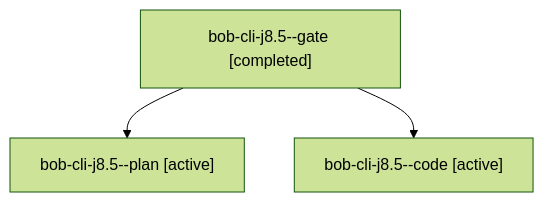
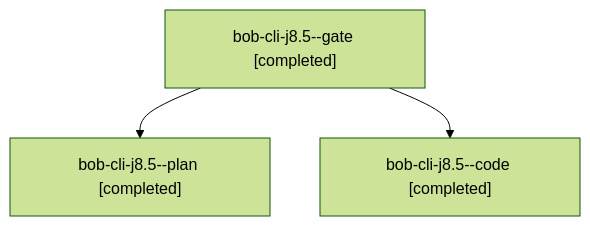
Before and after one commit to bobs-org/bob-cli--agents: the diagram in sessions/bbugyi200.apollo.bob-cli-j8.5.md, drawn with Mermaid (forest theme). The commit also changed other lines of this file and 67 other files, not shown here.

````diff
--- a/sessions/bbugyi200.apollo.bob-cli-j8.5.md
+++ b/sessions/bbugyi200.apollo.bob-cli-j8.5.md
@@ -9,8 +9,8 @@
 ```mermaid
 flowchart TD
   n0["bob-cli-j8.5--gate [completed]"]
-  n1["bob-cli-j8.5--plan [active]"]
+  n1["bob-cli-j8.5--plan [completed]"]
   n0 --> n1
-  n2["bob-cli-j8.5--code [active]"]
+  n2["bob-cli-j8.5--code [completed]"]
   n0 --> n2
 ```
````
